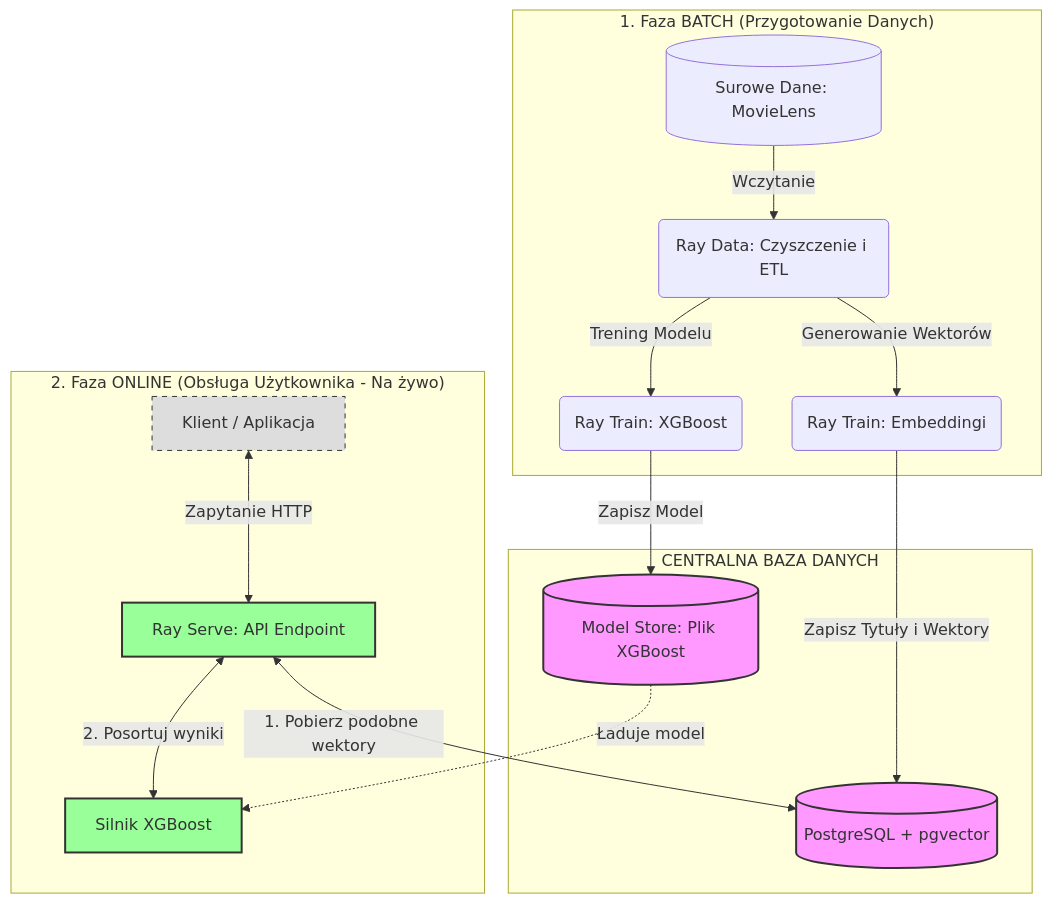
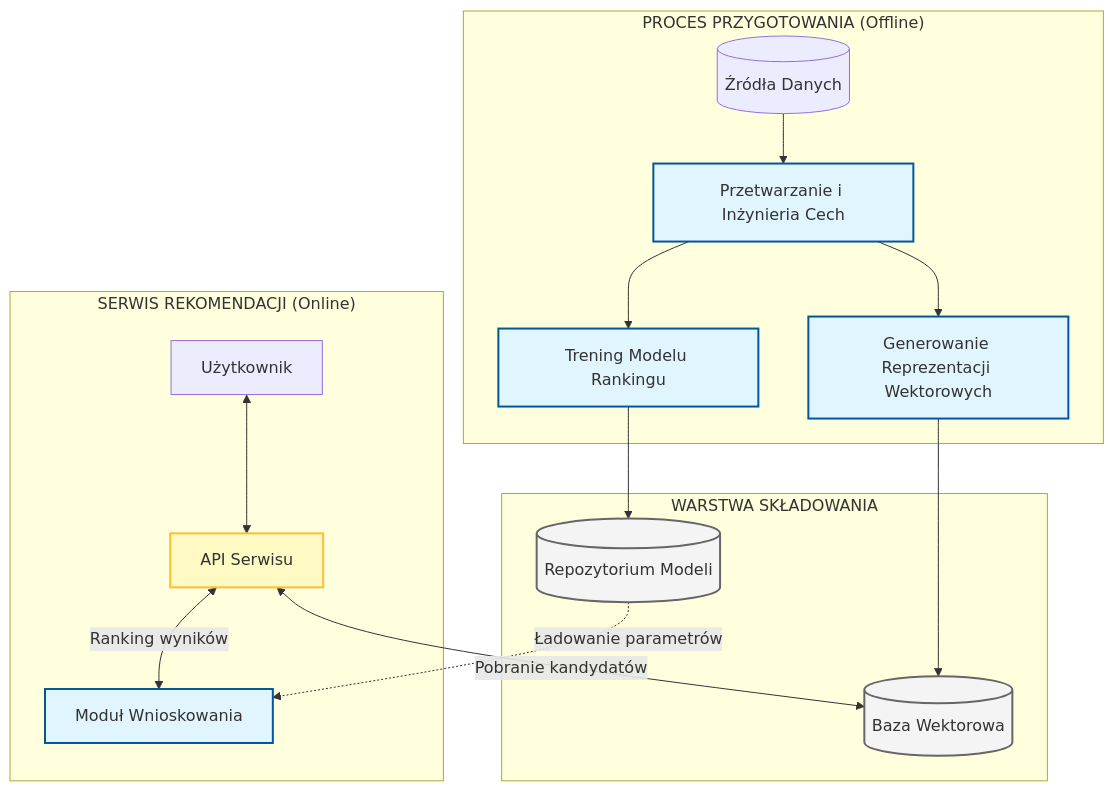
One commit to pawelzeja098/distributed-sys-movielens changed the second of 2 diagrams in README.md. Above: the diagram before and after it, drawn with Mermaid.

Commit message:
Update flowchart styles and structure in README

````diff
--- a/README.md
+++ b/README.md
@@ -30,30 +30,29 @@
 ```mermaid
 graph TD
-    %% Definicja stylów dla czytelności
-    classDef storage fill:#f9f,stroke:#333,stroke-width:2px;
-    classDef batch fill:#ff9,stroke:#333,stroke-width:2px;
-    classDef online fill:#9f9,stroke:#333,stroke-width:2px;
-    classDef client fill:#ddd,stroke:#333,stroke-width:1px,stroke-dasharray: 5 5;
+    %% Stylizacja
+    classDef storage fill:#f4f4f4,stroke:#666,stroke-width:2px;
+    classDef process fill:#e1f5fe,stroke:#01579b,stroke-width:2px;
+    classDef interface fill:#fff9c4,stroke:#fbc02d,stroke-width:2px;
 
-    subgraph "1. Faza BATCH (Przygotowanie Danych)"
-        A[(Surowe Dane: MovieLens)] -->|Wczytanie| B(Ray Data: Czyszczenie i ETL)
-        B -->|Trening Modelu| C(Ray Train: XGBoost)
-        B -->|Generowanie Wektorów| D(Ray Train: Embeddingi)
+    subgraph "PROCES PRZYGOTOWANIA (Offline)"
+        A[(Źródła Danych)] --> B[Przetwarzanie i Inżynieria Cech]:::process
+        B --> C[Trening Modelu Rankingu]:::process
+        B --> D[Generowanie Reprezentacji Wektorowych]:::process
     end
 
-    subgraph "CENTRALNA BAZA DANYCH"
-        E[(PostgreSQL + pgvector)]:::storage
-        F[(Model Store: Plik XGBoost)]:::storage
+    subgraph "WARSTWA SKŁADOWANIA"
+        E[(Baza Wektorowa)]:::storage
+        F[(Repozytorium Modeli)]:::storage
     end
 
-    subgraph "2. Faza ONLINE (Obsługa Użytkownika - Na żywo)"
-        G[Klient / Aplikacja]:::client <-->|Zapytanie HTTP| H[Ray Serve: API Endpoint]:::online
-        H <-->|1. Pobierz podobne wektory| E
-        H <-->|2. Posortuj wyniki | I[Silnik XGBoost]:::online
-        F -.->|Ładuje model| I
+    subgraph "SERWIS REKOMENDACJI (Online)"
+        G[Użytkownik] <--> H[API Serwisu]:::interface
+        H <--> |Pobranie kandydatów| E
+        H <--> |Ranking wyników| I[Moduł Wnioskowania]:::process
+        F -.-> |Ładowanie parametrów| I
     end
 
-    %% Strzałki zapisu z fazy Batch do Bazy
-    C -->|Zapisz Model| F
-    D -->|Zapisz Tytuły i Wektory| E
+    %% Zapisywanie wyników
+    C --> F
+    D --> E
 ```
````
